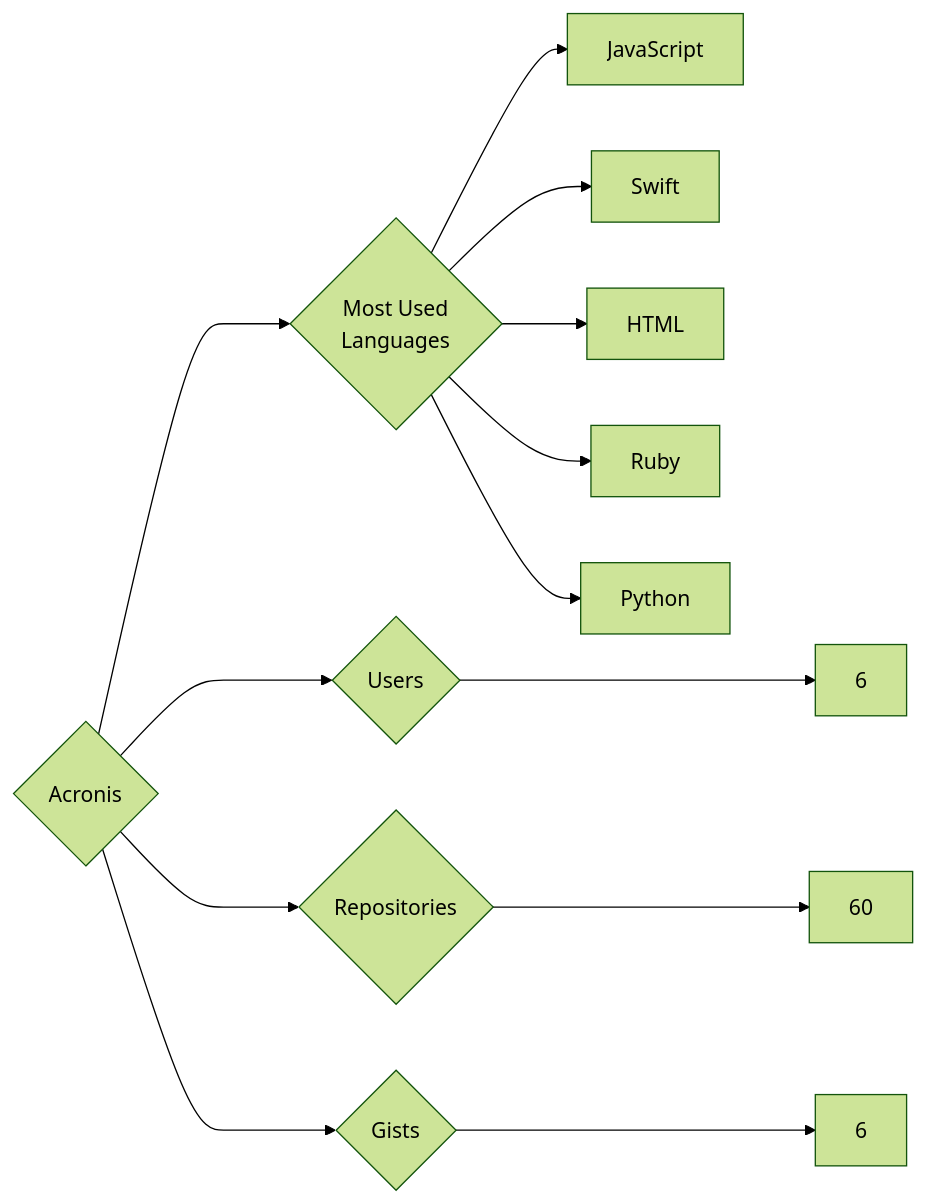
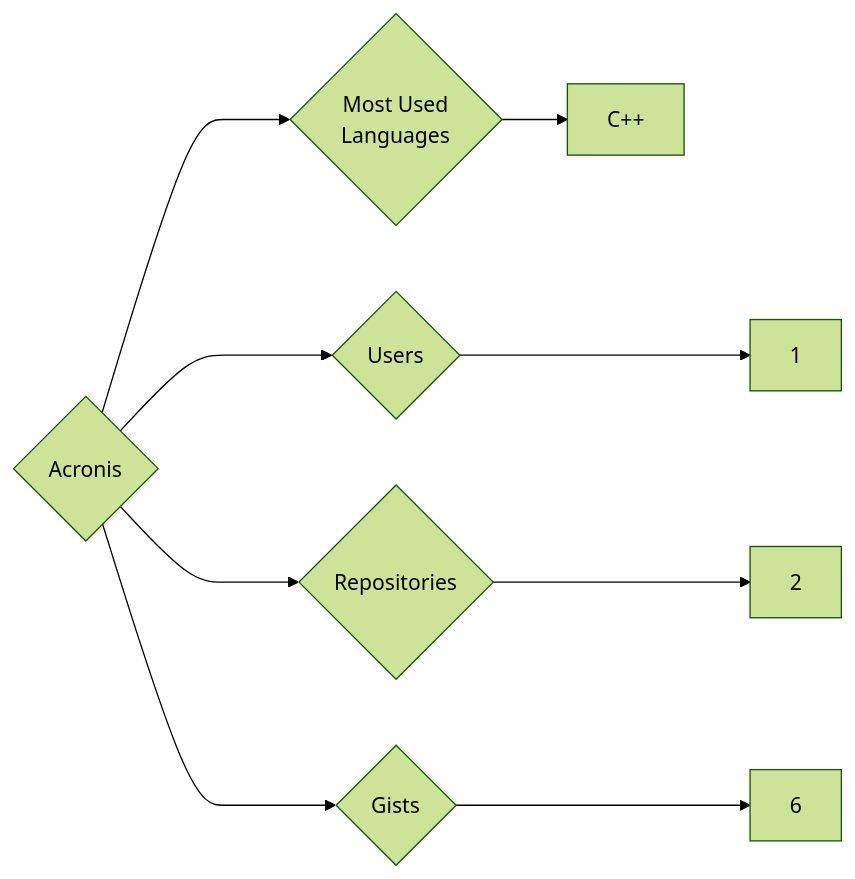
The diagram in targets/Acronis/README.md (trickest/insiders), drawn with Mermaid (forest theme) before and after one commit. The commit also changed 815 other files, not shown here.

````diff
--- a/targets/Acronis/README.md
+++ b/targets/Acronis/README.md
@@ -3,13 +3,9 @@
 ```mermaid
 graph LR
 COMPANY_NAME{Acronis}
-COMPANY_NAME ---> U{Users} ---> UN[6]
-COMPANY_NAME ---> R{Repositories} ---> RN[60]
+COMPANY_NAME ---> U{Users} ---> UN[1]
+COMPANY_NAME ---> R{Repositories} ---> RN[2]
 COMPANY_NAME ---> G{Gists} ---> GN[6]
 COMPANY_NAME ---> ML{Most Used<br>Languages}
-ML --> JavaScript[JavaScript]
-ML --> Swift[Swift]
-ML --> HTML[HTML]
-ML --> Ruby[Ruby]
-ML --> Python[Python]
+ML --> C++[C++]
 ```
````
